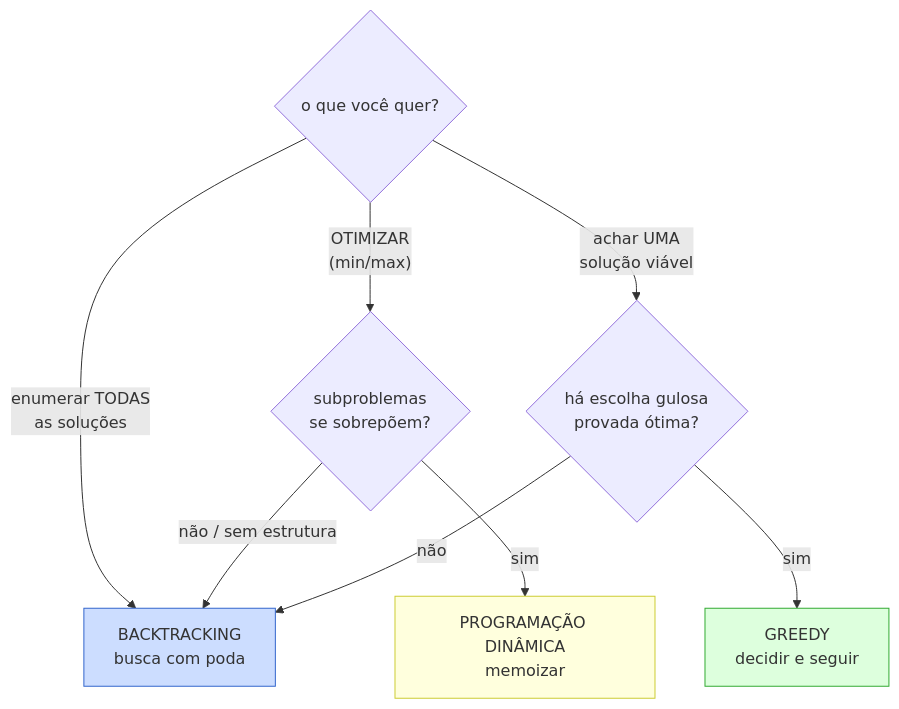
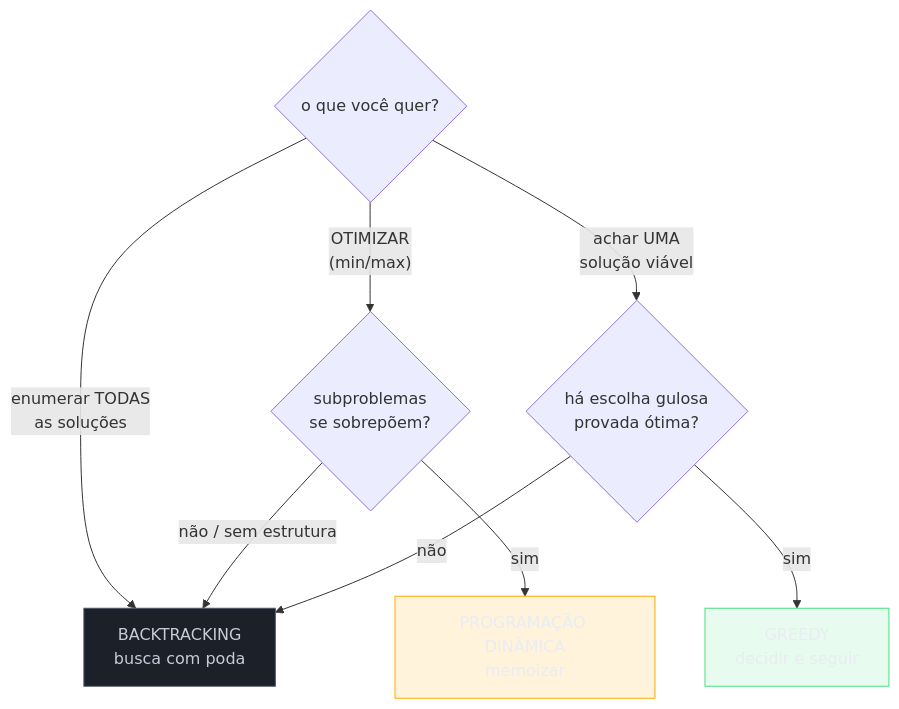
The sixth of 6 diagrams in 03-Dominios/Ciência/Algoritmos/12 - Backtracking.md (josenaldo/codex-technomanticus), drawn with Mermaid before and after one commit. The commit also changed other lines of this file and 1181 other files, not shown here.

First line of the commit message:
fix(diagramas): paleta do sistema no lugar de cor cravada no markdown

````diff
--- a/03-Dominios/Ciência/Algoritmos/12 - Backtracking.md
+++ b/03-Dominios/Ciência/Algoritmos/12 - Backtracking.md
@@ -366,14 +377,17 @@
 ```mermaid
 flowchart TD
+    classDef neutro fill:#1B2029,stroke:#4E5666,color:#C6CCD8
+    classDef destaque fill:#FFAA0024,stroke:#FFAA00,color:#E9ECF2
+    classDef ok fill:#4ADE8021,stroke:#4ADE80,color:#E9ECF2
     Q1{"o que você quer?"} -- "enumerar TODAS<br/>as soluções" --> BT["BACKTRACKING<br/>busca com poda"]
     Q1 -- "OTIMIZAR<br/>(min/max)" --> Q2{"subproblemas<br/>se sobrepõem?"}
     Q1 -- "achar UMA<br/>solução viável" --> Q3{"há escolha gulosa<br/>provada ótima?"}
     Q2 -- "sim" --> DP["PROGRAMAÇÃO DINÂMICA<br/>memoizar"]
     Q2 -- "não / sem estrutura" --> BT
     Q3 -- "sim" --> GR["GREEDY<br/>decidir e seguir"]
     Q3 -- "não" --> BT
 
-    style BT fill:#cdf,stroke:#36c
-    style DP fill:#ffd,stroke:#cc3
-    style GR fill:#dfd,stroke:#3a3
+    class BT neutro
+    class DP destaque
+    class GR ok
 ```
````
